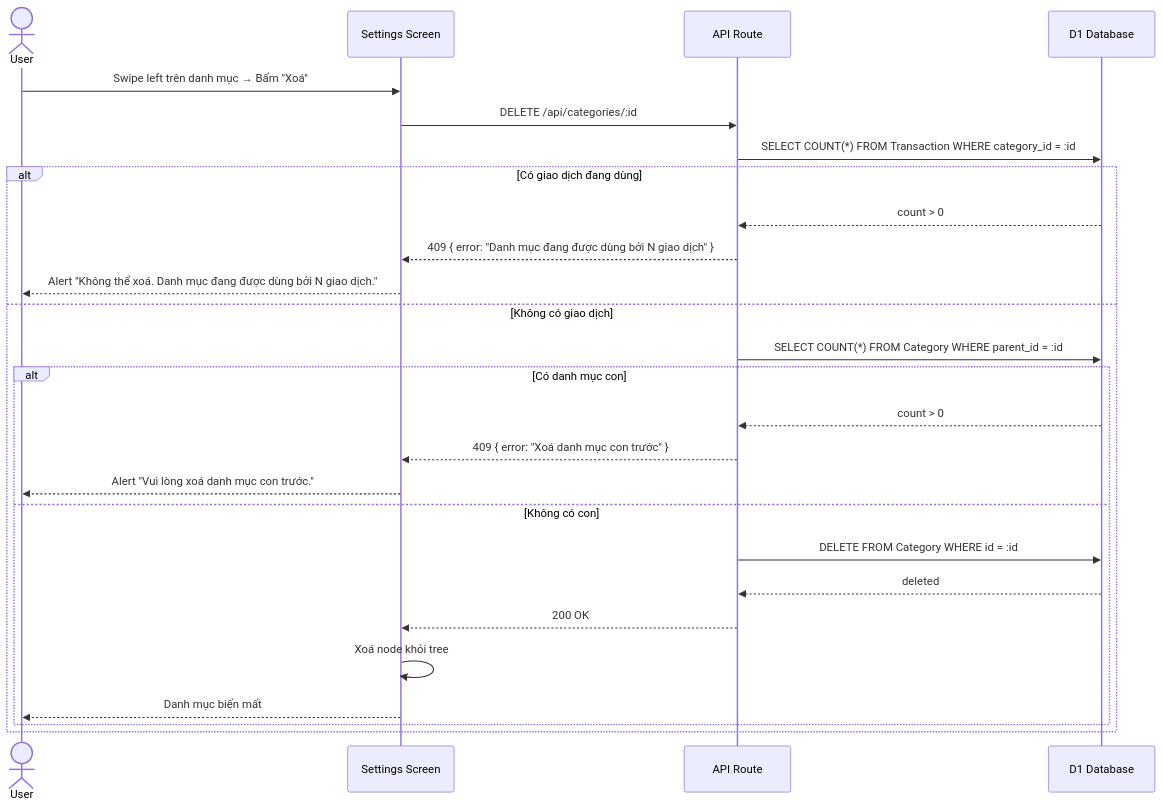
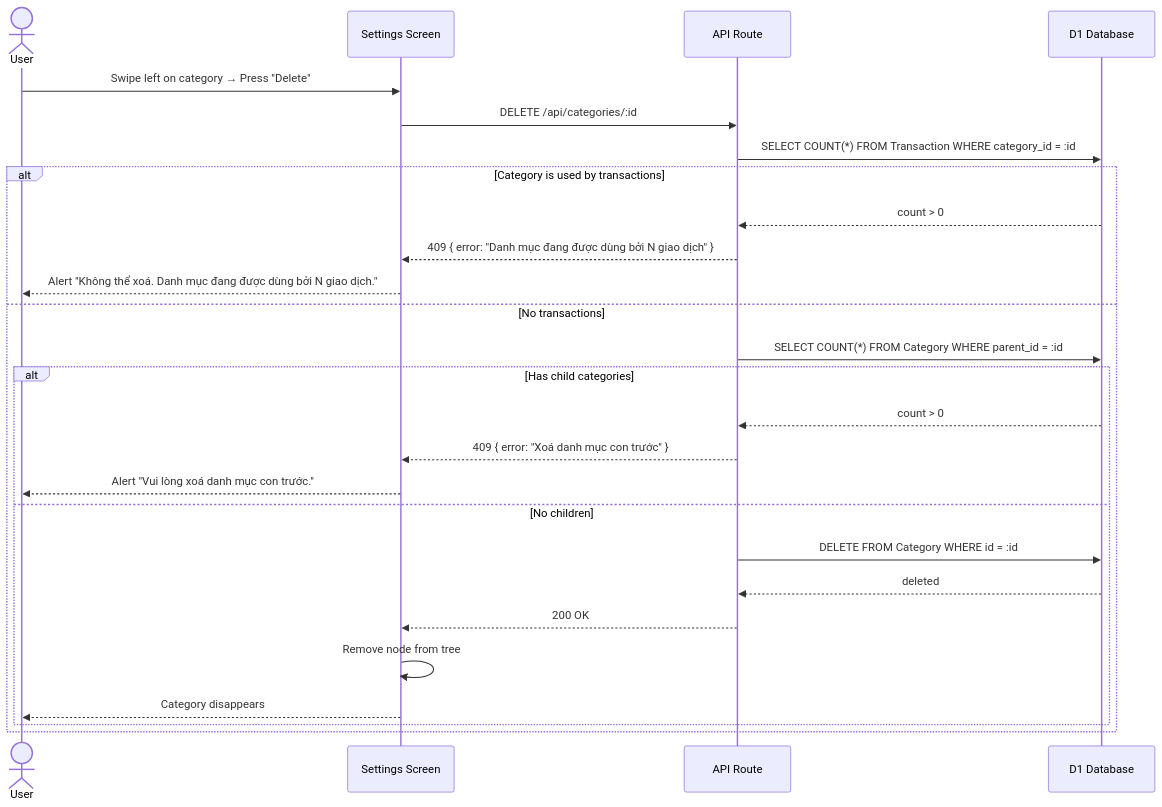
Before and after one commit to niits/personal-finance: the ninth of 10 diagrams in docs/FLOWS.md, drawn with Mermaid. The commit also changed other lines of this file and 3 other files, not shown here.

````diff
--- a/docs/FLOWS.md
+++ b/docs/FLOWS.md
@@ -249,30 +249,30 @@
 ```mermaid
 sequenceDiagram
     actor User
     participant Settings as Settings Screen
     participant API as API Route
     participant DB as D1 Database
 
-    User->>Settings: Swipe left trên danh mục → Bấm "Xoá"
+    User->>Settings: Swipe left on category → Press "Delete"
 
     Settings->>API: DELETE /api/categories/:id
     API->>DB: SELECT COUNT(*) FROM Transaction WHERE category_id = :id
-    alt Có giao dịch đang dùng
+    alt Category is used by transactions
         DB-->>API: count > 0
         API-->>Settings: 409 { error: "Danh mục đang được dùng bởi N giao dịch" }
         Settings-->>User: Alert "Không thể xoá. Danh mục đang được dùng bởi N giao dịch."
-    else Không có giao dịch
+    else No transactions
         API->>DB: SELECT COUNT(*) FROM Category WHERE parent_id = :id
-        alt Có danh mục con
+        alt Has child categories
             DB-->>API: count > 0
             API-->>Settings: 409 { error: "Xoá danh mục con trước" }
             Settings-->>User: Alert "Vui lòng xoá danh mục con trước."
-        else Không có con
+        else No children
             API->>DB: DELETE FROM Category WHERE id = :id
             DB-->>API: deleted
             API-->>Settings: 200 OK
-            Settings->>Settings: Xoá node khỏi tree
-            Settings-->>User: Danh mục biến mất
+            Settings->>Settings: Remove node from tree
+            Settings-->>User: Category disappears
         end
     end
 ```
````
